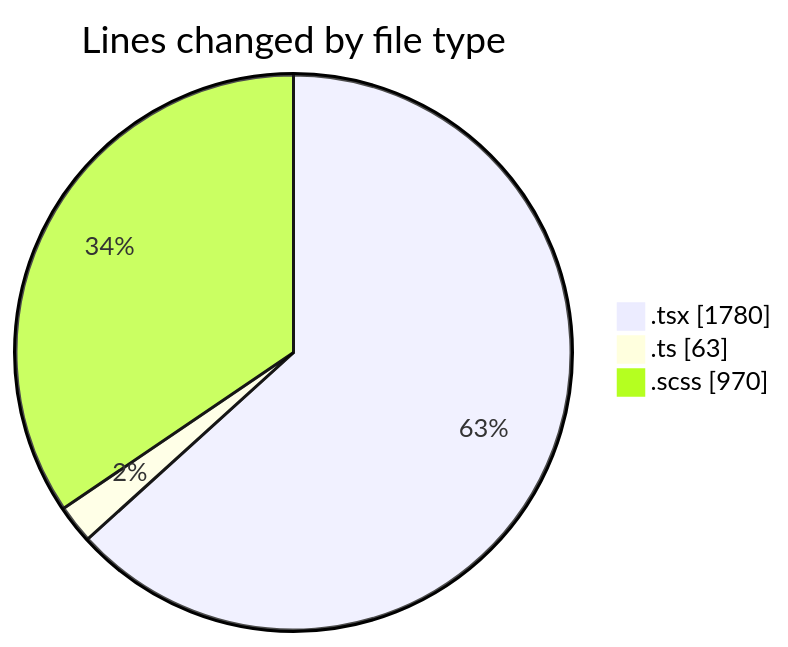
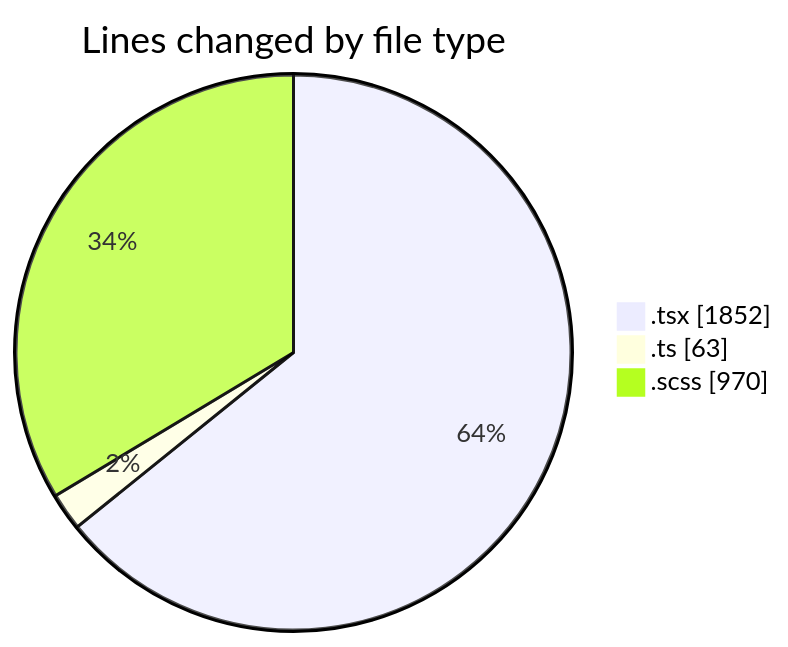
The first of 2 diagrams in 2025-04-02/cda/README.md (momahboobian/code-tracking), drawn with Mermaid before and after one commit. The commit also changed other lines of this file and 1 other file, not shown here.

````diff
--- a/2025-04-02/cda/README.md
+++ b/2025-04-02/cda/README.md
@@ -28,7 +30,7 @@
 ```mermaid
 pie showData
 title Lines changed by file type
-".tsx" : 1780
+".tsx" : 1852
 ".ts" : 63
 ".scss" : 970
 ```
````
